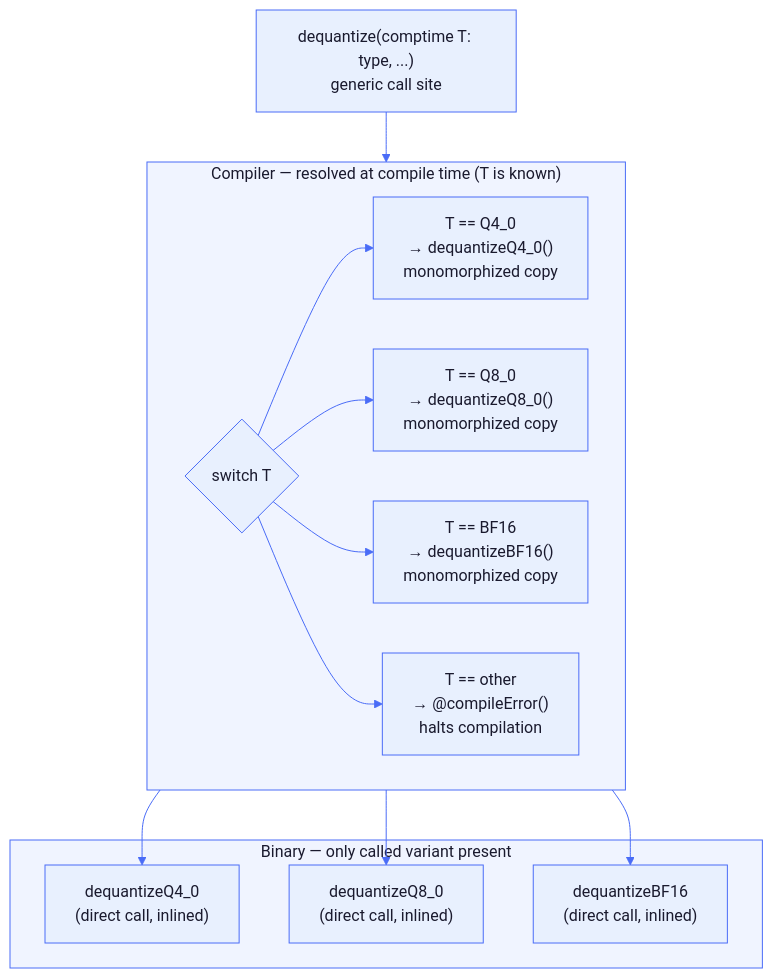
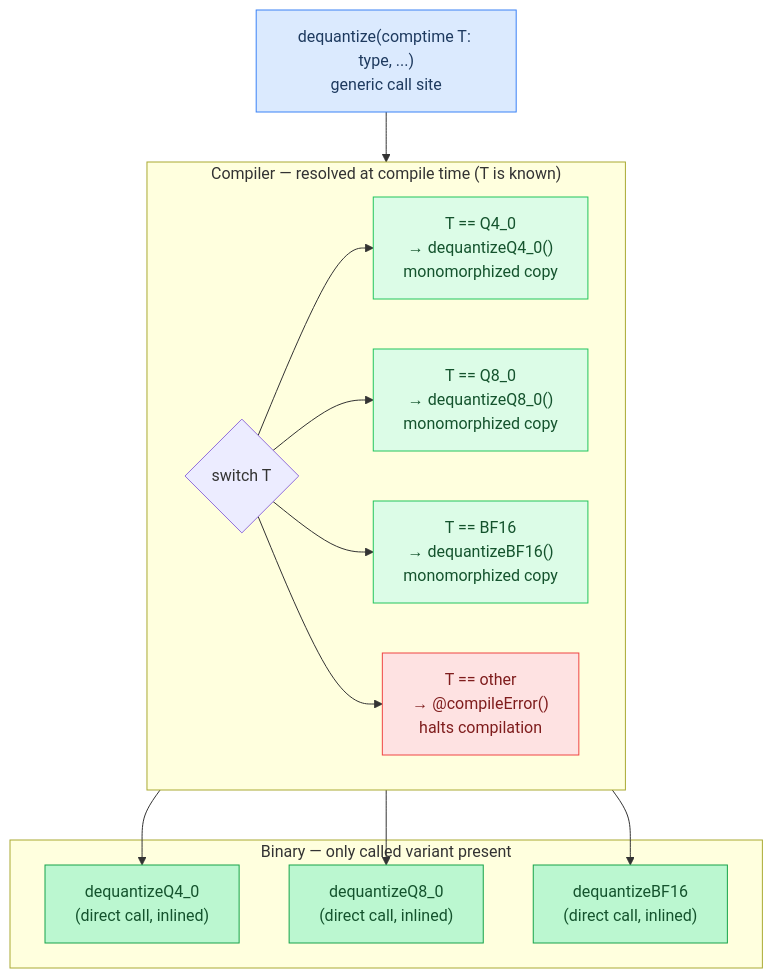
Before and after one commit to maci0/agave: the fifth of 7 diagrams in docs/tutorial/appendix-compile-time.md, drawn with Mermaid. The commit also changed other lines of this file and 24 other files, not shown here.

First line of the commit message:
docs: convert all mermaid diagrams to classDef semantic colors

````diff
--- a/docs/tutorial/appendix-compile-time.md
+++ b/docs/tutorial/appendix-compile-time.md
@@ -445,39 +449,39 @@
 ```mermaid
-%%{init: {'theme': 'base', 'themeVariables': {
-  'primaryColor': '#e8f0fe',
-  'primaryTextColor': '#1a1a2e',
-  'primaryBorderColor': '#4a6cf7',
-  'lineColor': '#4a6cf7',
-  'secondaryColor': '#f0f4ff',
-  'tertiaryColor': '#f8f9ff',
-  'edgeLabelBackground': '#ffffff',
-  'clusterBkg': '#f0f4ff',
-  'clusterBorder': '#4a6cf7',
-  'titleColor': '#1a1a2e',
-  'nodeTextColor': '#1a1a2e',
-  'fontFamily': 'ui-monospace, SFMono-Regular, monospace'
-}}}%%
 flowchart TD
-    Generic["dequantize(comptime T: type, ...)\ngeneric call site"]
+    classDef setup     fill:#dbeafe,stroke:#3b82f6,color:#1e3a5f
+    classDef sync      fill:#dcfce7,stroke:#22c55e,color:#14532d
+    classDef migration fill:#fef9c3,stroke:#eab308,color:#713f12
+    classDef success   fill:#bbf7d0,stroke:#16a34a,color:#14532d
+    classDef danger    fill:#fee2e2,stroke:#ef4444,color:#7f1d1d
+    classDef optional  fill:#f3e8ff,stroke:#9333ea,color:#581c87
+
+    Generic["dequantize(comptime T: type, ...)\ngeneric call site"]:::setup
+    Q4["T == Q4_0\n→ dequantizeQ4_0()\nmonomorphized copy"]:::sync
+    Q8["T == Q8_0\n→ dequantizeQ8_0()\nmonomorphized copy"]:::sync
+    BF["T == BF16\n→ dequantizeBF16()\nmonomorphized copy"]:::sync
+    ERR["T == other\n→ @compileError()\nhalts compilation"]:::danger
+    BQ4["dequantizeQ4_0\n(direct call, inlined)"]:::success
+    BQ8["dequantizeQ8_0\n(direct call, inlined)"]:::success
+    BBF["dequantizeBF16\n(direct call, inlined)"]:::success
 
     subgraph CompileTime["Compiler — resolved at compile time (T is known)"]
         direction LR
         SW{"switch T"}
-        Q4["T == Q4_0\n→ dequantizeQ4_0()\nmonomorphized copy"]
-        Q8["T == Q8_0\n→ dequantizeQ8_0()\nmonomorphized copy"]
-        BF["T == BF16\n→ dequantizeBF16()\nmonomorphized copy"]
-        ERR["T == other\n→ @compileError()\nhalts compilation"]
+        Q4
+        Q8
+        BF
+        ERR
         SW --> Q4 & Q8 & BF & ERR
     end
 
     subgraph Binary["Binary — only called variant present"]
-        BQ4["dequantizeQ4_0\n(direct call, inlined)"]
-        BQ8["dequantizeQ8_0\n(direct call, inlined)"]
-        BBF["dequantizeBF16\n(direct call, inlined)"]
+        BQ4
+        BQ8
+        BBF
     end
 
     Generic --> SW
     Q4 --> BQ4
     Q8 --> BQ8
     BF --> BBF
 ```
````
